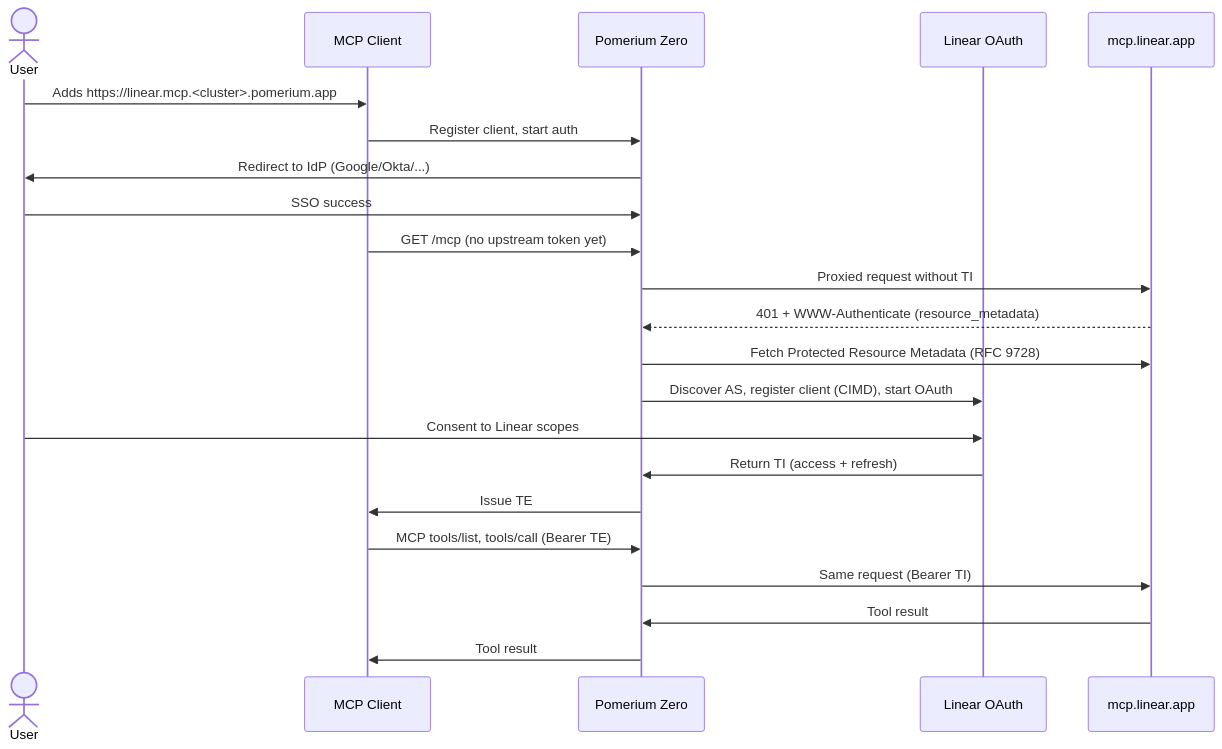
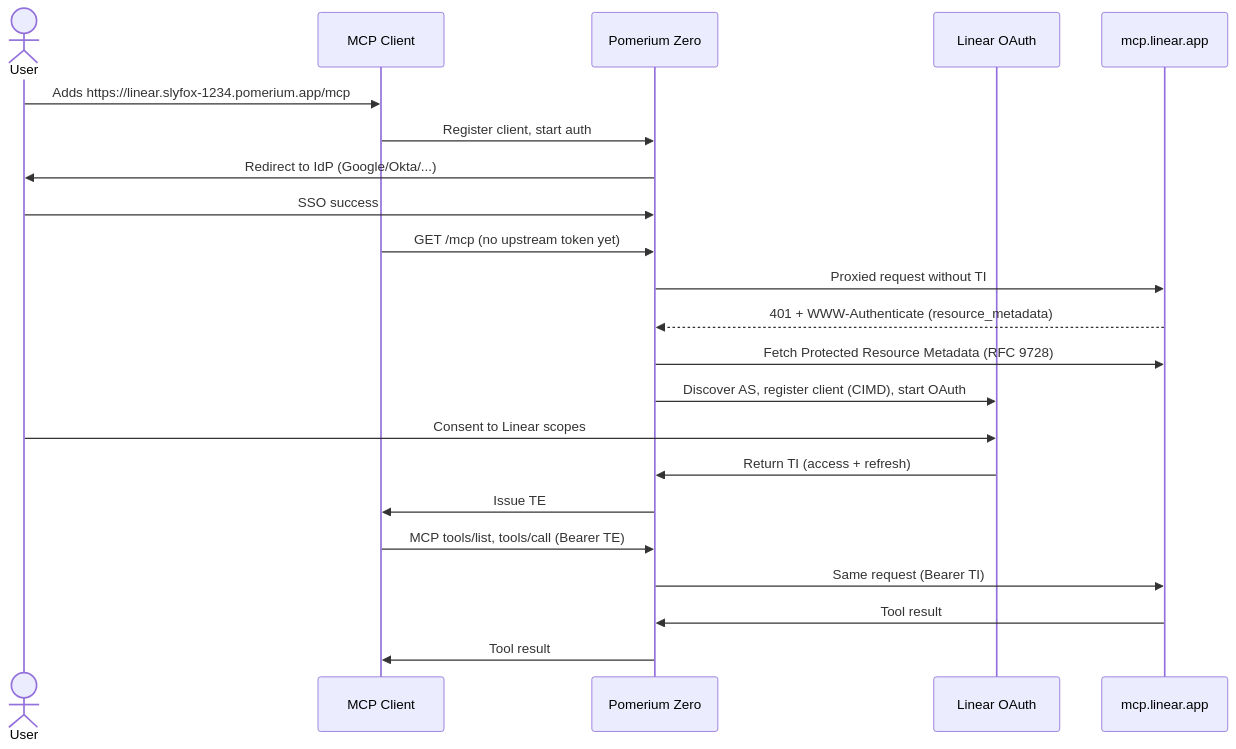
The diagram in content/docs/guides/mcp-bridge.mdx (pomerium/documentation), drawn with Mermaid before and after one commit. The commit also changed other lines of this file and 2 other files, not shown here.

Commit message:
docs(mcp-bridge): fixed URL inconsistency for bridged MCP

````diff
--- a/content/docs/guides/mcp-bridge.mdx
+++ b/content/docs/guides/mcp-bridge.mdx
@@ -90,25 +90,25 @@
 ```mermaid
 sequenceDiagram
   actor U as User
   participant C as MCP Client
   participant P as Pomerium Zero
   participant L as Linear OAuth
   participant M as mcp.linear.app
 
-  U ->> C: Adds https://linear.mcp.<cluster>.pomerium.app
+  U ->> C: Adds https://linear.slyfox-1234.pomerium.app/mcp
   C ->> P: Register client, start auth
   P ->> U: Redirect to IdP (Google/Okta/...)
   U ->> P: SSO success
   C ->> P: GET /mcp  (no upstream token yet)
   P ->> M: Proxied request without TI
   M -->> P: 401 + WWW-Authenticate (resource_metadata)
   P ->> M: Fetch Protected Resource Metadata (RFC 9728)
   P ->> L: Discover AS, register client (CIMD), start OAuth
   U ->> L: Consent to Linear scopes
   L ->> P: Return TI (access + refresh)
   P ->> C: Issue TE
   C ->> P: MCP tools/list, tools/call (Bearer TE)
   P ->> M: Same request (Bearer TI)
   M ->> P: Tool result
   P ->> C: Tool result
 ```
````
